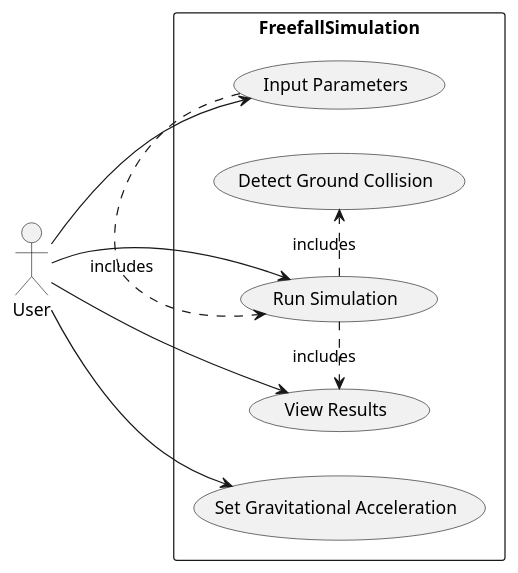
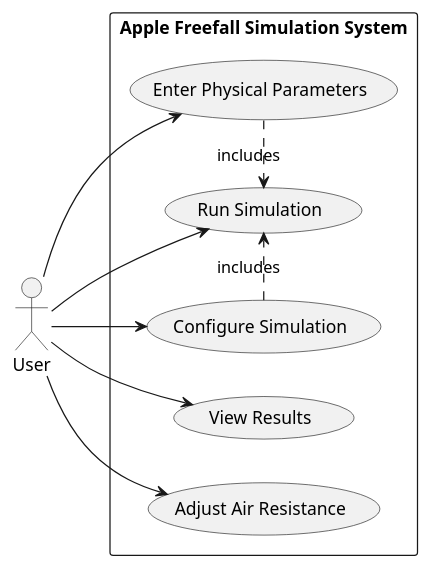
The diagram in example/prompt-final/usecase-diagram.puml (Mandelbroetchen/iterative-synthesis-loop), drawn with PlantUML before and after one commit. The commit also changed 48 other files, not shown here.

```diff
--- a/example/prompt-final/usecase-diagram.puml
+++ b/example/prompt-final/usecase-diagram.puml
@@ -1,24 +1,24 @@
 @startuml usecase-diagram
 
 left to right direction
 
-actor User
+actor User as user
 
-rectangle FreefallSimulation {
-  usecase (Input Parameters) as UC1
-  usecase (Run Simulation) as UC2
-  usecase (View Results) as UC3
-  usecase (Set Gravitational Acceleration) as UC4
-  usecase (Detect Ground Collision) as UC5
+rectangle "Apple Freefall Simulation System" {
+  usecase "Enter Physical Parameters" as UC1
+  usecase "Configure Simulation" as UC2
+  usecase "Run Simulation" as UC3
+  usecase "View Results" as UC4
+  usecase "Adjust Air Resistance" as UC5
 }
 
-User --> UC1
-User --> UC2
-User --> UC3
-User --> UC4
+user --> UC1
+user --> UC2
+user --> UC3
+user --> UC4
+user --> UC5
 
-UC1 .> UC2 : includes
+UC1 .> UC3 : includes
 UC2 .> UC3 : includes
-UC2 .> UC5 : includes
 
 @enduml
```
